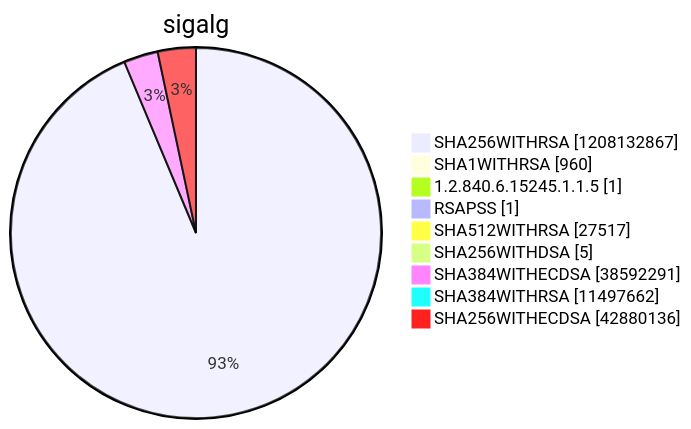
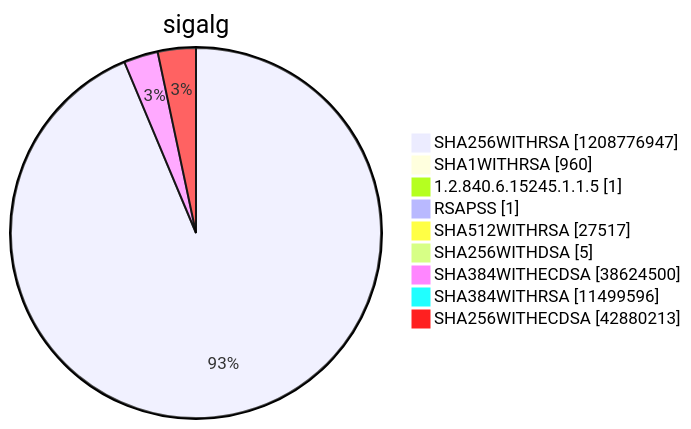
Diagram 15 of 15 in argon2022/README.md (christiankrug/ctmonitor_visualization), drawn with Mermaid before and after one commit. The commit also changed other lines of this file, not shown here.

````diff
--- a/argon2022/README.md
+++ b/argon2022/README.md
@@ -5520,13 +5520,13 @@
 ```mermaid
 pie showData
 title sigalg
-"SHA256WITHRSA" :1208132867
+"SHA256WITHRSA" :1208776947
 "SHA1WITHRSA" :960
 "1.2.840.6.15245.1.1.5" :1
 "RSAPSS" :1
 "SHA512WITHRSA" :27517
 "SHA256WITHDSA" :5
-"SHA384WITHECDSA" :38592291
-"SHA384WITHRSA" :11497662
-"SHA256WITHECDSA" :42880136
+"SHA384WITHECDSA" :38624500
+"SHA384WITHRSA" :11499596
+"SHA256WITHECDSA" :42880213
 ```
````
